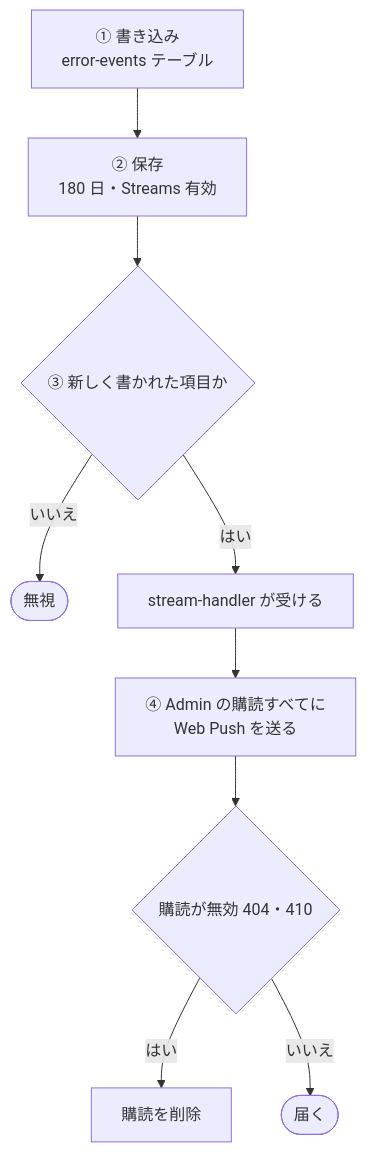
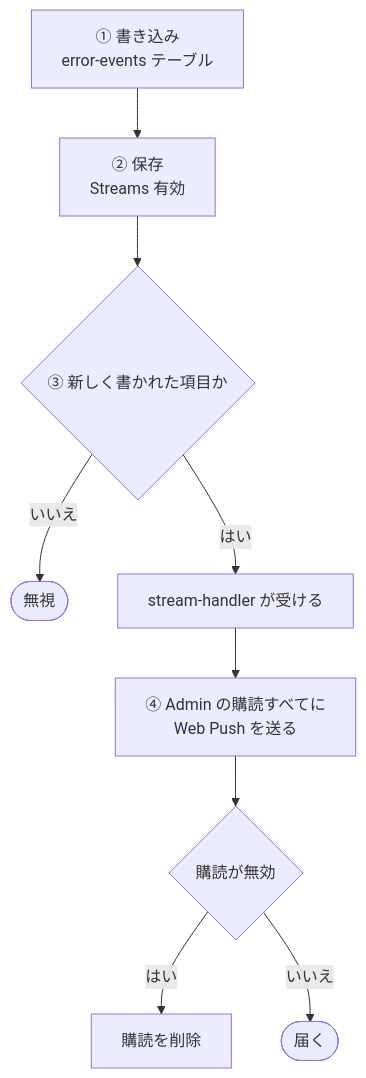
The first of 2 diagrams in docs/services/admin/specs/flow/error-notification.md (nagiyu/nagiyu-platform), drawn with Mermaid before and after one commit. The commit also changed other lines of this file and 7 other files, not shown here.

First line of the commit message:
docs(admin): flow・batch・term の文書を新しい配置に書き直す

````diff
--- a/docs/services/admin/specs/flow/error-notification.md
+++ b/docs/services/admin/specs/flow/error-notification.md
@@ -52,11 +30,11 @@
 ```mermaid
 flowchart TD
-    A[① 書き込み<br/>error-events テーブル] --> B[② 保存<br/>180 日・Streams 有効]
+    A[① 書き込み<br/>error-events テーブル] --> B[② 保存<br/>Streams 有効]
     B --> C{③ 新しく書かれた項目か}
     C -->|いいえ| X([無視])
     C -->|はい| D[stream-handler が受ける]
     D --> E[④ Admin の購読すべてに<br/>Web Push を送る]
-    E --> F{購読が無効 404・410}
+    E --> F{購読が無効}
     F -->|はい| G[購読を削除]
     F -->|いいえ| H([届く])
 ```
````
